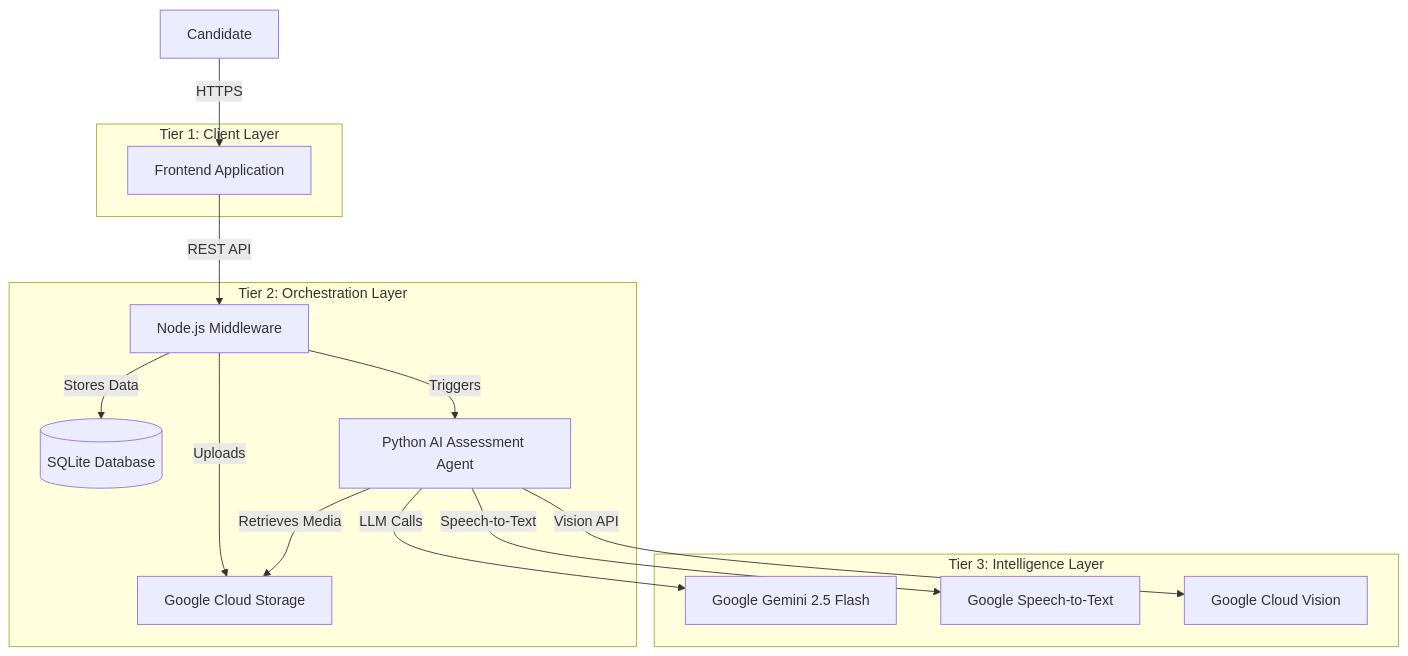
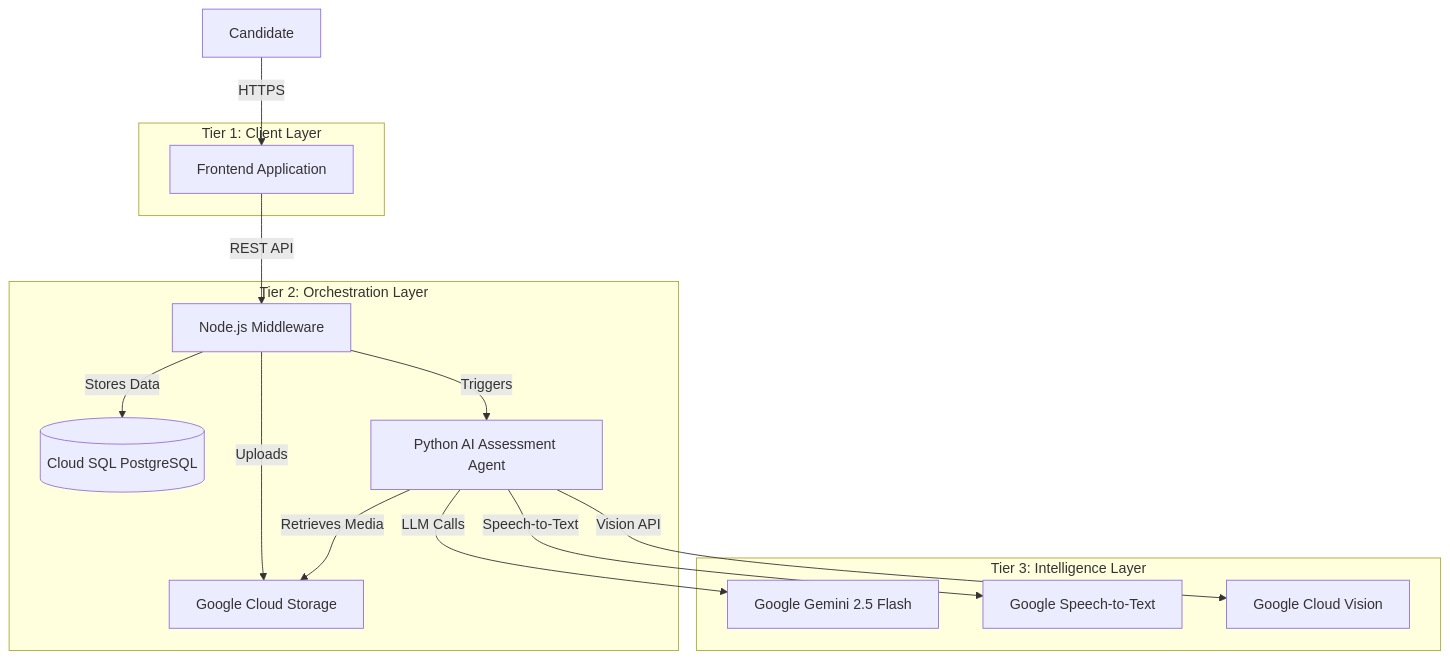
The diagram in README.md (raksidehigh/minor_project_video_interiview_review_agent), drawn with Mermaid before and after one commit. The commit also changed other lines of this file and 17 other files, not shown here.

````diff
--- a/README.md
+++ b/README.md
@@ -43,22 +62,22 @@
 ```mermaid
 graph TD
     User[Candidate] -->|HTTPS| Frontend[Frontend Application]
     Frontend -->|REST API| Middleware[Node.js Middleware]
     
     subgraph "Tier 1: Client Layer"
         Frontend
     end
     
     subgraph "Tier 2: Orchestration Layer"
         Middleware -->|Uploads| GCS[Google Cloud Storage]
-        Middleware -->|Stores Data| SQLite[(SQLite Database)]
+        Middleware -->|Stores Data| PostgreSQL[(Cloud SQL PostgreSQL)]
         Middleware -->|Triggers| AIAgent[Python AI Assessment Agent]
     end
     
     subgraph "Tier 3: Intelligence Layer"
         AIAgent -->|Retrieves Media| GCS
         AIAgent -->|LLM Calls| Gemini[Google Gemini 2.5 Flash]
         AIAgent -->|Speech-to-Text| STT[Google Speech-to-Text]
         AIAgent -->|Vision API| Vision[Google Cloud Vision]
     end
 ```
````
